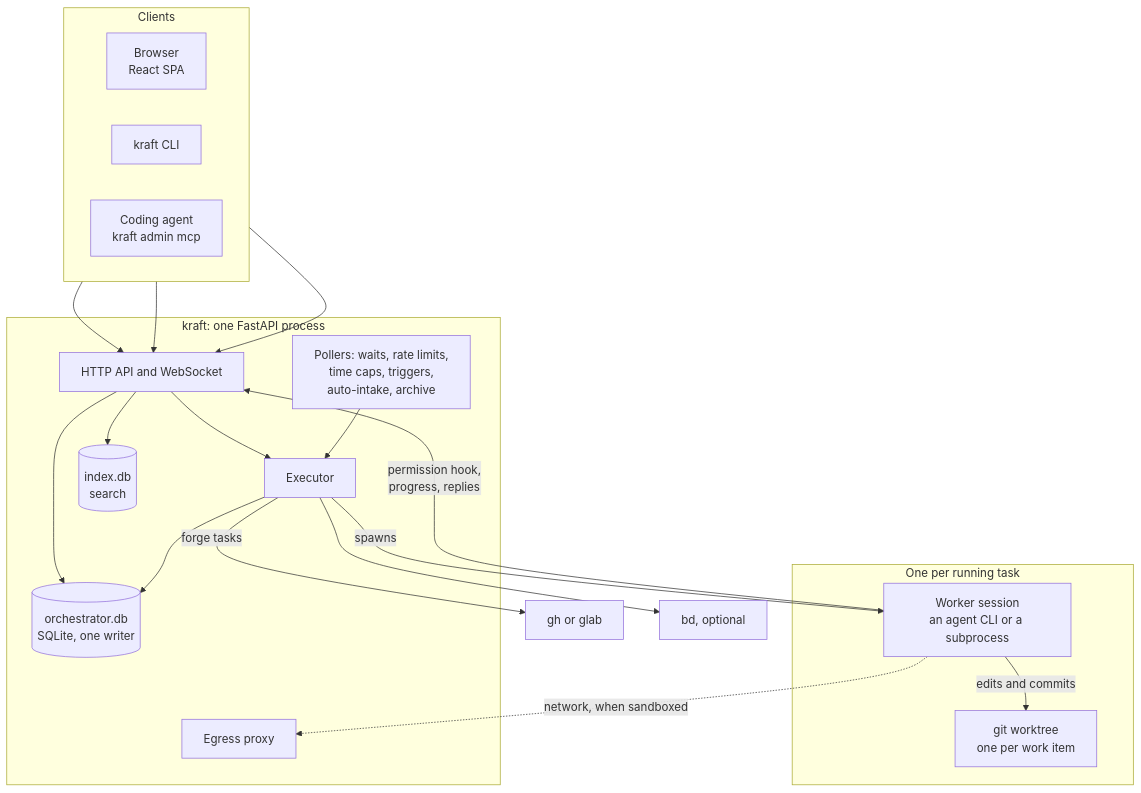
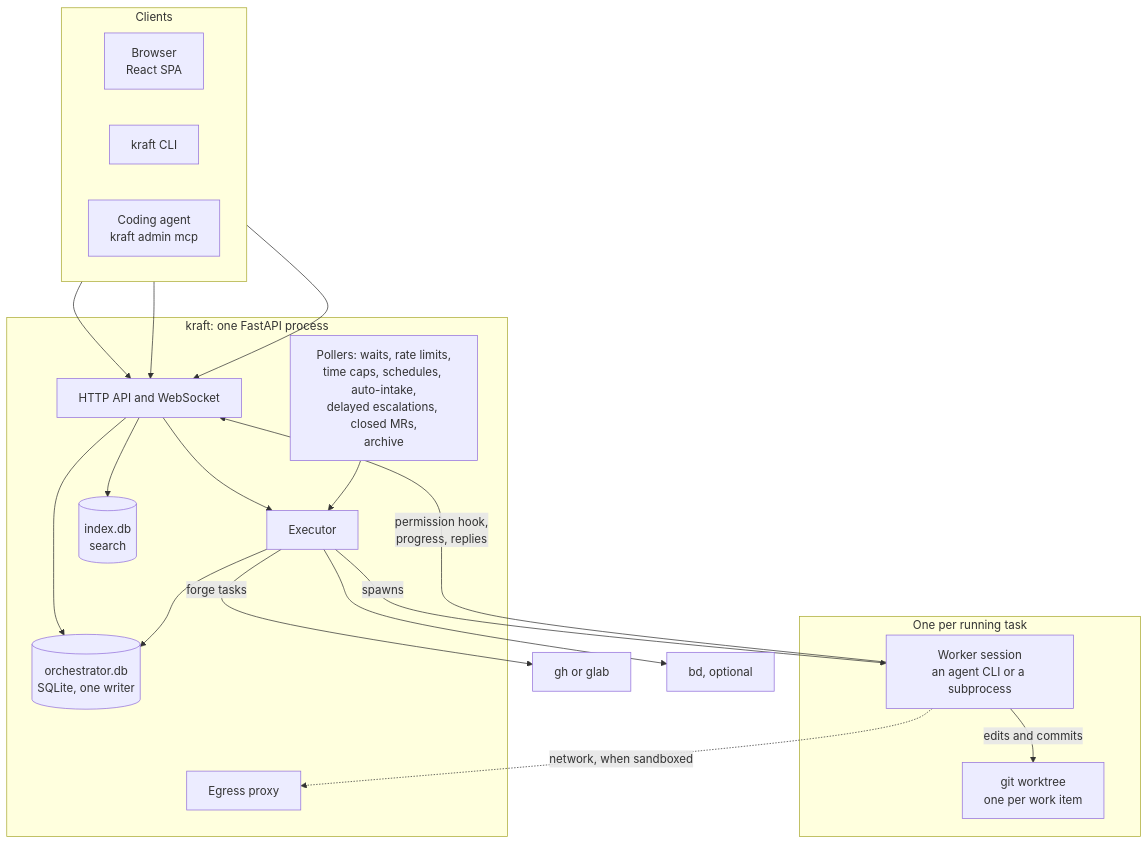
Before and after one commit to itsOmidKarami/kraft: the diagram in docsite/diagrams/components.mmd, drawn with Mermaid. The commit also changed 1 other file, not shown here.

Commit message:
Docs: the architecture diagram names every poller
The components diagram's Pollers box named six of the eight background
tasks the server starts (src/kraft/api/startup.py:275-317). It now also
names delayed auto-escalations and the merge-request poller that notices
an MR closed without merging, and says "schedules" for what 2.0 calls
triggers, as the page's own text does (5.project/1.architecture.md:38-42).
The SVG is re-rendered with the same mermaid-cli 11 and mermaid.json that
`just docs-diagrams` uses; the layout is unchanged.

Claude-Session: https://claude.ai/code/session_0125FPTDydLbuBdHNg8bGPaP

```diff
--- a/docsite/diagrams/components.mmd
+++ b/docsite/diagrams/components.mmd
@@ -1,39 +1,39 @@
 flowchart TB
   subgraph clients["Clients"]
     direction LR
     browser["Browser<br/>React SPA"]
     cli["kraft CLI"]
     mcpc["Coding agent<br/>kraft admin mcp"]
   end
 
   subgraph daemon["kraft: one FastAPI process"]
     api["HTTP API and WebSocket"]
     exec["Executor"]
-    pollers["Pollers: waits, rate limits,<br/>time caps, triggers,<br/>auto-intake, archive"]
+    pollers["Pollers: waits, rate limits,<br/>time caps, schedules, auto-intake,<br/>delayed escalations, closed MRs,<br/>archive"]
     store[("orchestrator.db<br/>SQLite, one writer")]
     index[("index.db<br/>search")]
     egress["Egress proxy"]
   end
 
   subgraph item["One per running task"]
     agent["Worker session<br/>an agent CLI or a subprocess"]
     wt["git worktree<br/>one per work item"]
   end
 
   forge["gh or glab"]
   bd["bd, optional"]
 
   browser --> api
   cli --> api
   mcpc --> api
   api --> store
   api --> index
   api --> exec
   pollers --> exec
   exec --> store
   exec -- "spawns" --> agent
   exec -- "forge tasks" --> forge
   exec --> bd
   agent -- "edits and commits" --> wt
   agent -- "permission hook,<br/>progress, replies" --> api
   agent -. "network, when sandboxed" .-> egress
```
